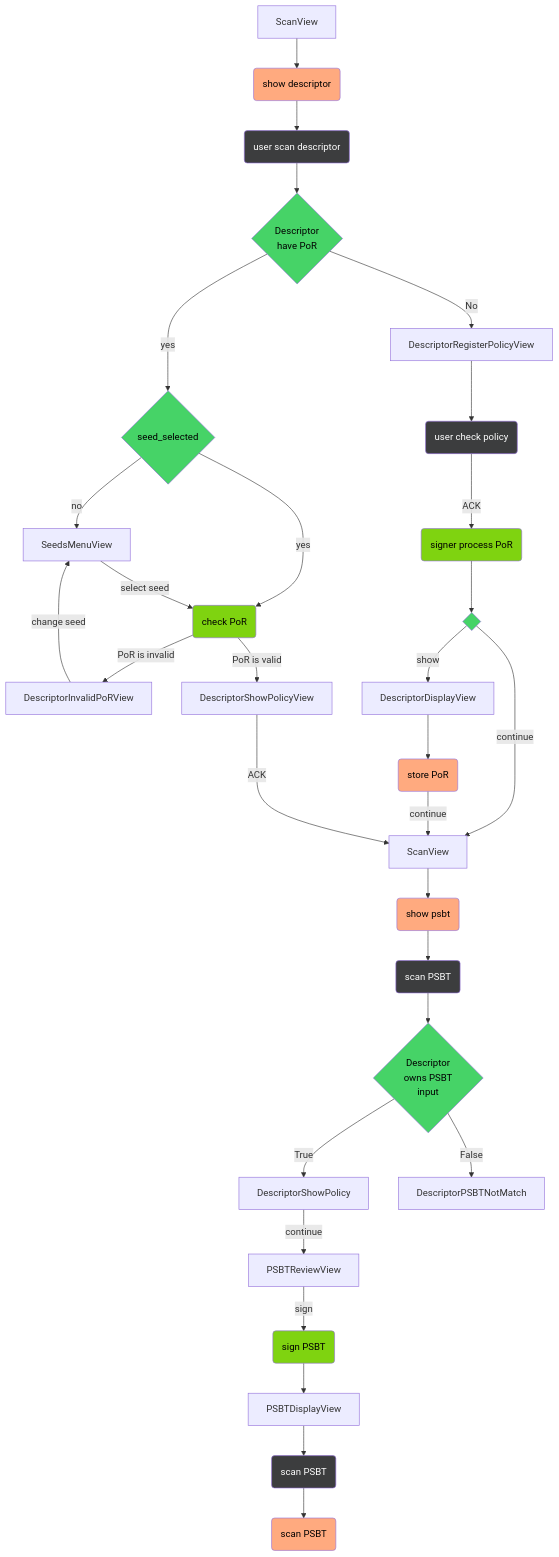
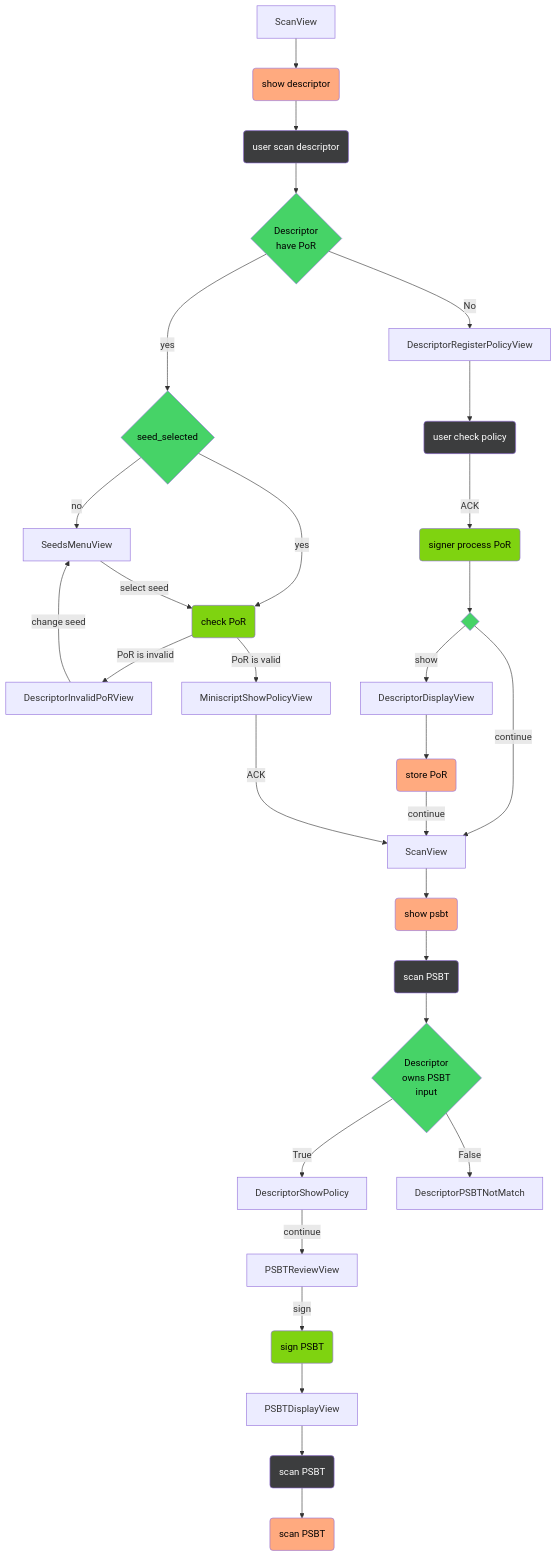
Before and after one commit to pythcoiner/seedsigner: the second of 3 diagrams in docs/workflow_charts/miniscript_path.md, drawn with Mermaid. The commit also changed 2 other files, not shown here.

```diff
--- a/docs/workflow_charts/miniscript_path.md
+++ b/docs/workflow_charts/miniscript_path.md
@@ -84,7 +84,7 @@
                 
                 W2 -- continue --> V01
 
-V4[DescriptorShowPolicyView] -- ACK ---> 
+V4[MiniscriptShowPolicyView] -- ACK ---> 
 
 V01[ScanView]  --> 
 
```
